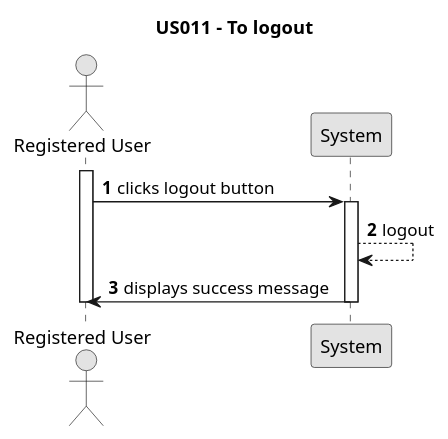
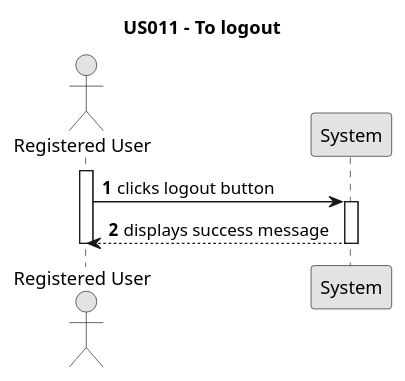
One commit to TiagoMagalhaes1232507/Testando-projeto changed the diagram in docs/sprint01/us011/01.requirements-engineering/puml/us011-system-sequence-diagram.puml. Above: the diagram before and after it, drawn with PlantUML. The commit also changed 6 other files, not shown here.

```diff
--- a/docs/sprint01/us011/01.requirements-engineering/puml/us011-system-sequence-diagram.puml
+++ b/docs/sprint01/us011/01.requirements-engineering/puml/us011-system-sequence-diagram.puml
@@ -1,24 +1,23 @@
 @startuml
 skinparam monochrome true
 skinparam packageStyle rectangle
 skinparam shadowing false
 
 title US011 - To logout
 
 autonumber
 
 actor "Registered User" as RegisteredUser
 participant "System" as System
 
 activate RegisteredUser
 
 RegisteredUser -> System : clicks logout button
 activate System
 
-System --> System :logout 
-System -> RegisteredUser : displays success message
+System --> RegisteredUser : displays success message
 
 
 deactivate System
 deactivate RegisteredUser
 @enduml
```
